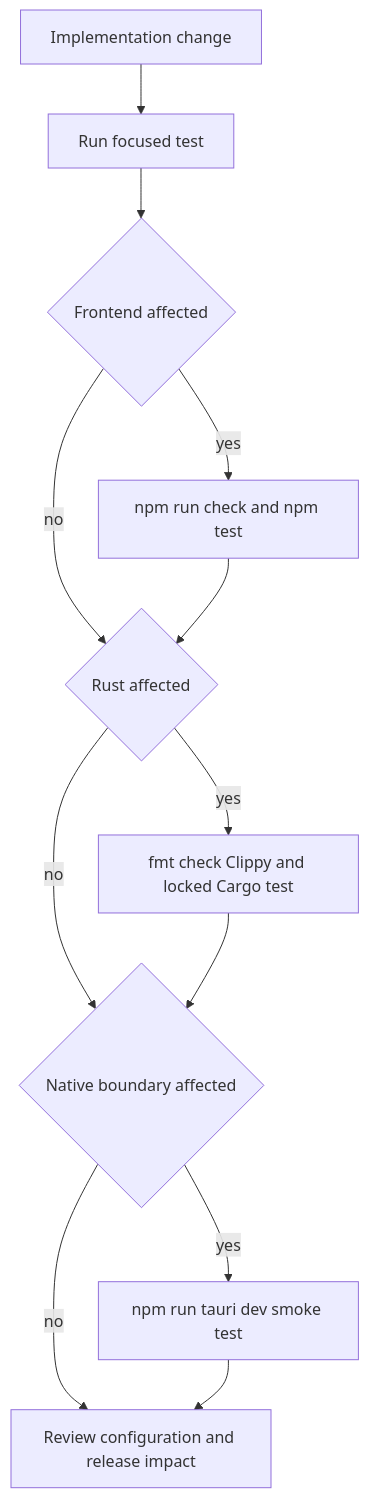
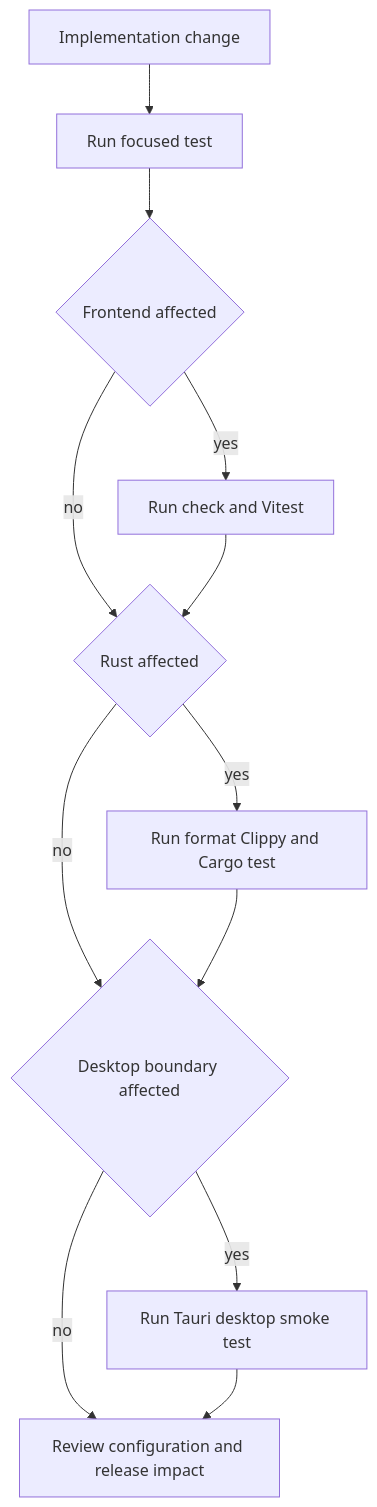
The first of 2 diagrams in openwiki/operations/development-and-testing.md (xXRoxXeRXx/lymic), drawn with Mermaid before and after one commit. The commit also changed other lines of this file and 22 other files, not shown here.

````diff
--- a/openwiki/operations/development-and-testing.md
+++ b/openwiki/operations/development-and-testing.md
@@ -84,14 +86,14 @@
 ```mermaid
 flowchart TD
     Change["Implementation change"] --> Focus["Run focused test"]
     Focus --> Web{"Frontend affected"}
-    Web -->|yes| WebGate["npm run check and npm test"]
+    Web -->|yes| WebGate["Run check and Vitest"]
     Web -->|no| Native{"Rust affected"}
     WebGate --> Native
-    Native -->|yes| RustGate["fmt check Clippy and locked Cargo test"]
-    Native -->|no| Boundary{"Native boundary affected"}
+    Native -->|yes| RustGate["Run format Clippy and Cargo test"]
+    Native -->|no| Boundary{"Desktop boundary affected"}
     RustGate --> Boundary
-    Boundary -->|yes| Smoke["npm run tauri dev smoke test"]
+    Boundary -->|yes| Smoke["Run Tauri desktop smoke test"]
     Boundary -->|no| Review["Review configuration and release impact"]
     Smoke --> Review
 ```
````
